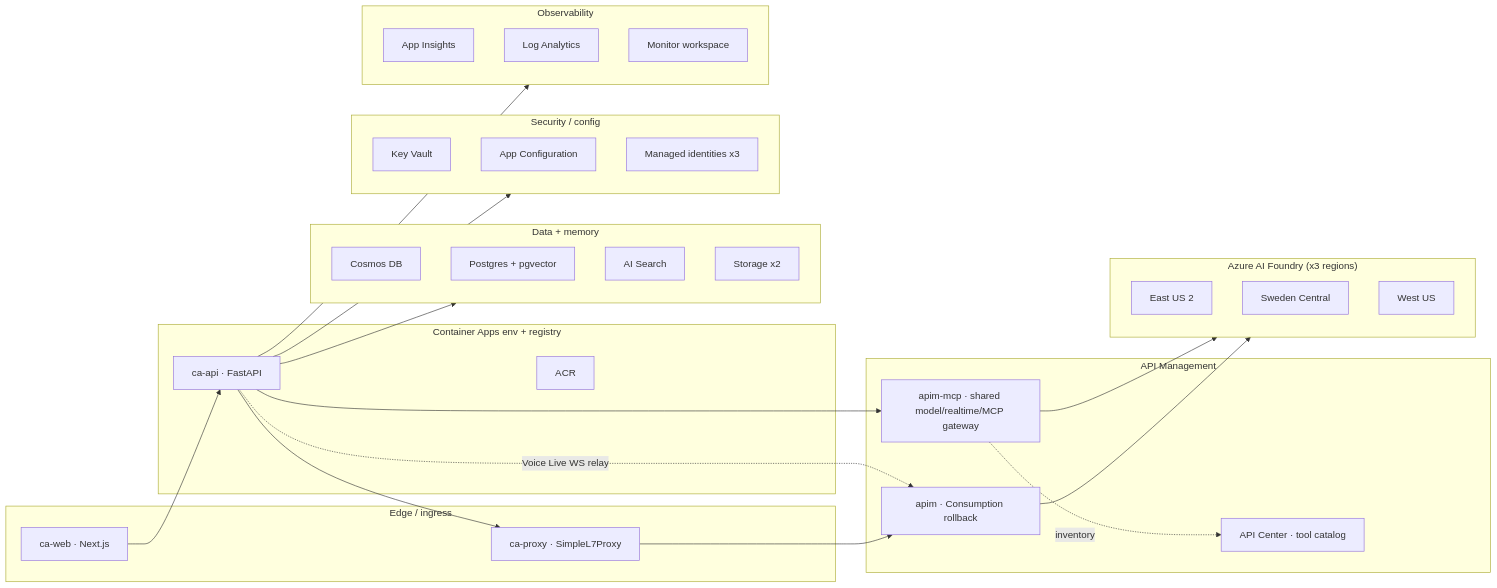
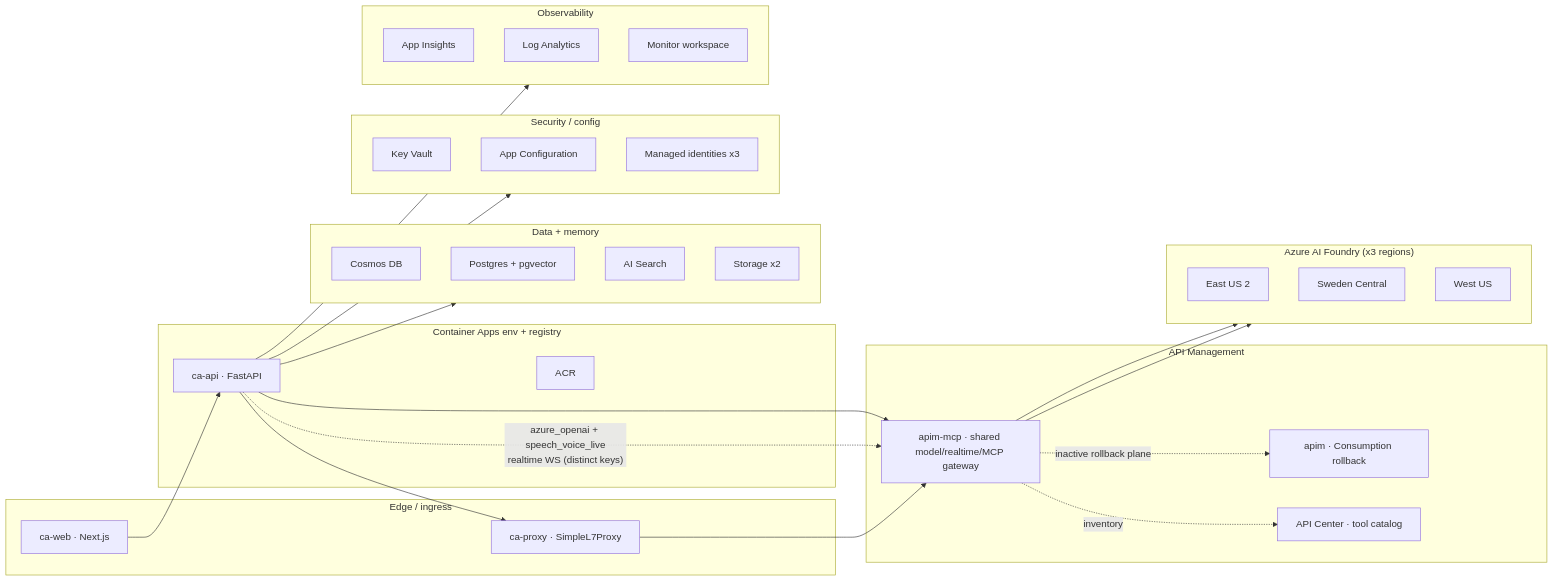
The fourth of 6 diagrams in docs/architecture.md (ian-t-adams/AI4IA), drawn with Mermaid before and after one commit. The commit also changed other lines of this file and 54 other files, not shown here.

First line of the commit message:
Add Azure Speech Voice Live provider

````diff
--- a/docs/architecture.md
+++ b/docs/architecture.md
@@ -146,46 +187,47 @@
 ```mermaid
 flowchart LR
   subgraph Edge["Edge / ingress"]
     WebCA["ca-web · Next.js"]
     ProxyCA["ca-proxy · SimpleL7Proxy"]
   end
   subgraph Gateways["API Management"]
     Apim["apim · Consumption rollback"]
     ApimMcp["apim-mcp · shared model/realtime/MCP gateway"]
     Apic["API Center · tool catalog"]
   end
   subgraph Compute["Container Apps env + registry"]
     ApiCA["ca-api · FastAPI"]
     Acr["ACR"]
   end
   subgraph AI["Azure AI Foundry (x3 regions)"]
     F1["East US 2"]
     F2["Sweden Central"]
     F3["West US"]
   end
   subgraph Data["Data + memory"]
     Cos["Cosmos DB"]
     Pg["Postgres + pgvector"]
     Srch["AI Search"]
     St["Storage x2"]
   end
   subgraph Sec["Security / config"]
     Kv["Key Vault"]
     Ac["App Configuration"]
     Ids["Managed identities x3"]
   end
   subgraph Obs["Observability"]
     Ai["App Insights"]
     La["Log Analytics"]
     Amw["Monitor workspace"]
   end
   WebCA --> ApiCA
-  ApiCA --> ProxyCA --> Apim --> AI
-  ApiCA -. "Voice Live WS relay" .-> Apim
+  ApiCA --> ProxyCA --> ApimMcp --> AI
+  ApiCA -. "azure_openai + speech_voice_live<br/>realtime WS (distinct keys)" .-> ApimMcp
   ApiCA --> ApimMcp --> AI
   ApimMcp -. inventory .-> Apic
+  ApimMcp -. "inactive rollback plane" .-> Apim
   ApiCA --> Data
   ApiCA --> Sec
   ApiCA --> Obs
   Compute --> Acr
 ```
````
